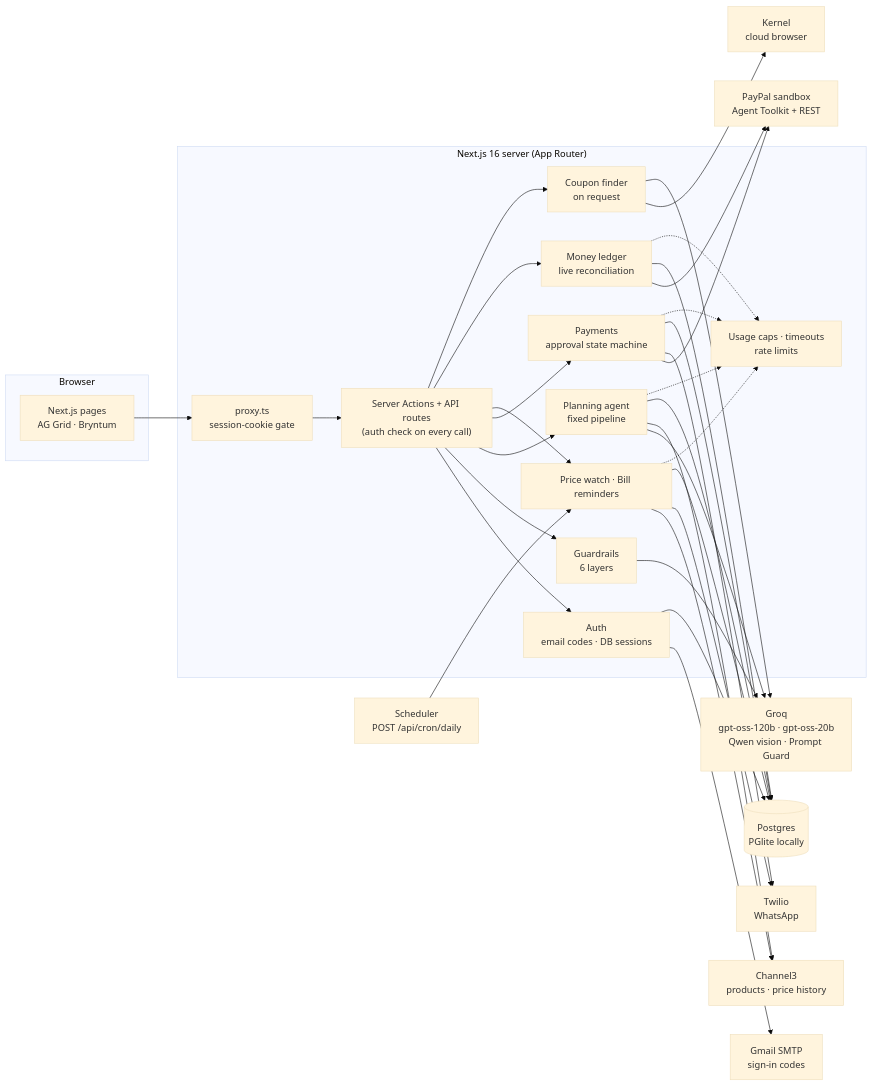
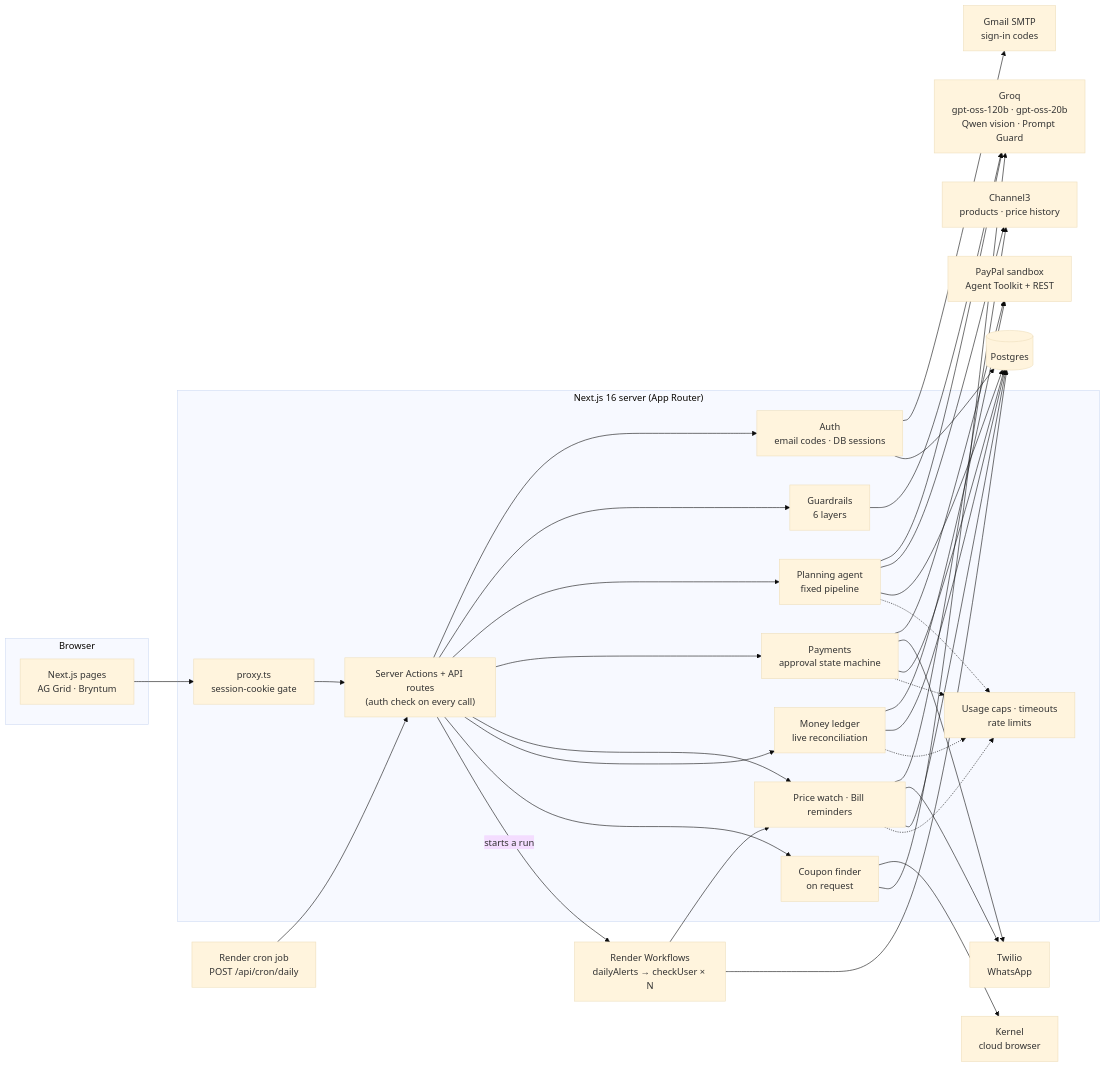
Before and after one commit to sidharthaxy/Lifecart: the diagram in README.md, drawn with Mermaid (base theme). The commit also changed other lines of this file and 8 other files, not shown here.

First line of the commit message:
Render Workflows for the daily alerts job; README brought up to date

````diff
--- a/README.md
+++ b/README.md
@@ -143,42 +144,45 @@
 ```mermaid
 flowchart LR
   subgraph Browser
     UI["Next.js pages<br/>AG Grid · Bryntum"]
   end
 
   subgraph Server["Next.js 16 server (App Router)"]
     Proxy["proxy.ts<br/>session-cookie gate"]
     Actions["Server Actions + API routes<br/>(auth check on every call)"]
     Auth["Auth<br/>email codes · DB sessions"]
     Guard["Guardrails<br/>6 layers"]
     Agent["Planning agent<br/>fixed pipeline"]
     Pay["Payments<br/>approval state machine"]
     Watch["Price watch · Bill reminders"]
     Coupons["Coupon finder<br/>on request"]
     Money["Money ledger<br/>live reconciliation"]
     Usage["Usage caps · timeouts<br/>rate limits"]
   end
 
-  DB[("Postgres<br/>PGlite locally")]
+  DB[("Postgres")]
+  WF["Render Workflows<br/>dailyAlerts → checkUser × N"]
   Groq["Groq<br/>gpt-oss-120b · gpt-oss-20b<br/>Qwen vision · Prompt Guard"]
   C3["Channel3<br/>products · price history"]
   PP["PayPal sandbox<br/>Agent Toolkit + REST"]
   TW["Twilio<br/>WhatsApp"]
   KB["Kernel<br/>cloud browser"]
   GM["Gmail SMTP<br/>sign-in codes"]
-  Cron["Scheduler<br/>POST /api/cron/daily"]
+  Cron["Render cron job<br/>POST /api/cron/daily"]
 
   UI --> Proxy --> Actions
   Actions --> Auth & Guard & Agent & Pay & Watch & Money & Coupons
   Guard --> Groq
   Agent --> Groq & C3
   Coupons --> KB & Groq
   Pay --> PP
   Money --> PP
   Watch --> C3 & TW
   Pay --> TW
   Auth --> GM
-  Cron --> Watch
-  Auth & Agent & Pay & Watch & Money --> DB
+  Cron --> Actions
+  Actions -- "starts a run" --> WF
+  WF --> Watch
+  Auth & Agent & Pay & Watch & Money & WF --> DB
   Agent & Pay & Watch & Money -.-> Usage
 ```
````
